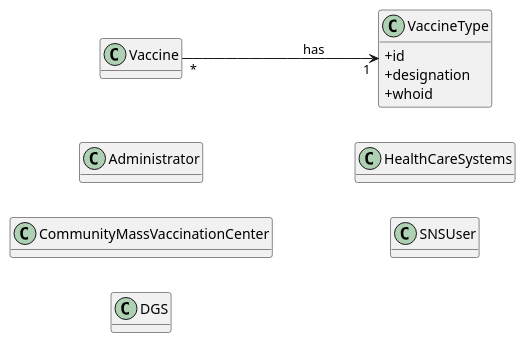
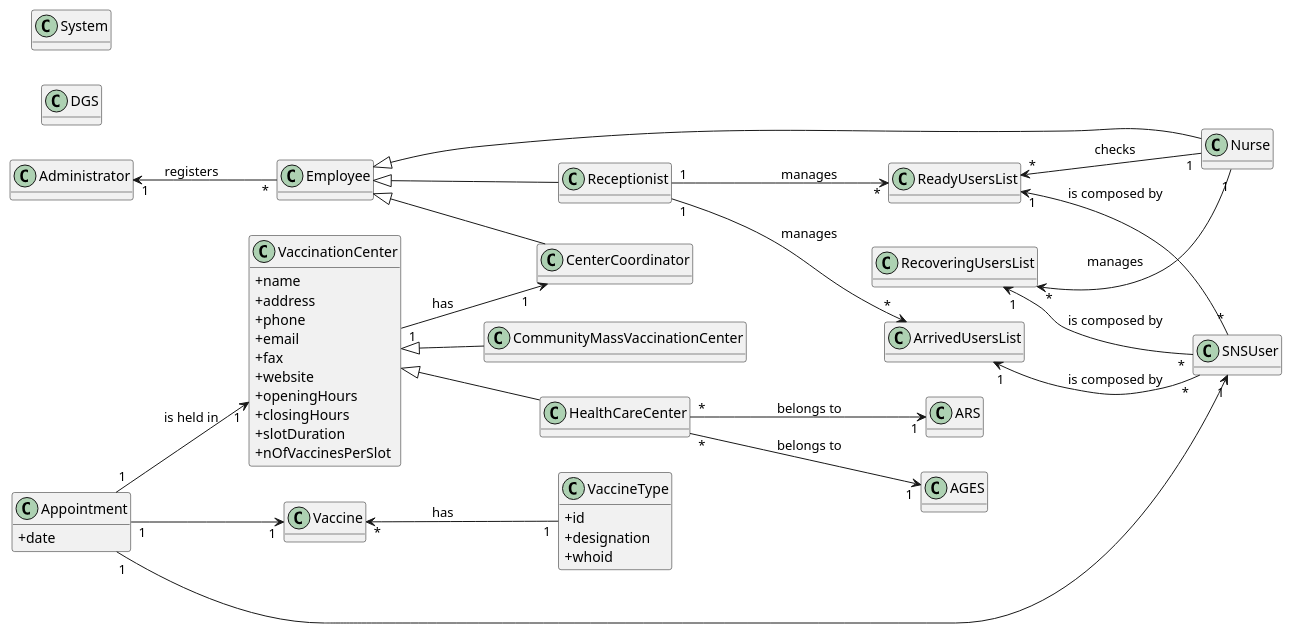
One commit to miseEnPlace-i/lapr2 changed the diagram in docs/SprintA/DM.puml. Above: the diagram before and after it, drawn with PlantUML. The commit also changed 1 other file, not shown here.

Commit message:
docs(dm): started dm diagram

```diff
--- a/docs/SprintA/DM.puml
+++ b/docs/SprintA/DM.puml
@@ -1,27 +1,85 @@
 @startuml
+
 hide methods
 left to right direction
 skinparam classAttributeIconSize 0
 
-class Administrator {}
+class CommunityMassVaccinationCenter {}
 
-class CommunityMassVaccinationCenter {}
+class HealthCareCenter {}
+
+class VaccinationCenter {
+  + name
+  + address
+  + phone
+  + email
+  + fax
+  + website
+  + openingHours
+  + closingHours
+  + slotDuration
+  + nOfVaccinesPerSlot
+}
 
 class Vaccine {}
 
 class VaccineType {
     + id
     + designation
     + whoid
 }
 
 class DGS {}
 
-class HealthCareSystems {}
-
 class SNSUser {}
 
-Vaccine "*" --> "1" VaccineType : has
+class Administrator {}
 
+class Employee {}
 
+class Nurse {}
+
+class Receptionist {}
+
+class CenterCoordinator {}
+
+class Appointment {
+  + date
+}
+
+class System {}
+
+class AGES {}
+
+class ARS {}
+
+Vaccine "*" <-- "1" VaccineType : has
+
+Employee <|-- Nurse
+Employee <|-- Receptionist
+Employee <|-- CenterCoordinator
+
+VaccinationCenter <|-- CommunityMassVaccinationCenter
+VaccinationCenter <|-- HealthCareCenter
+
+VaccinationCenter "1" --> "1" CenterCoordinator : has
+
+HealthCareCenter "*" --> "1" AGES : belongs to
+HealthCareCenter "*" --> "1" ARS : belongs to
+
+Appointment "1" --> "1" VaccinationCenter : is held in
+Appointment "1" --> "1" SNSUser  
+Appointment "1" --> "1" Vaccine 
+
+Receptionist "1" --> "*" ReadyUsersList : manages
+Receptionist "1" --> "*" ArrivedUsersList : manages
+
+ReadyUsersList "1" <-- "*" SNSUser : is composed by
+ArrivedUsersList "1" <-- "*" SNSUser : is composed by
+RecoveringUsersList "1" <-- "*" SNSUser : is composed by
+
+ReadyUsersList "*" <-- "1" Nurse : checks
+RecoveringUsersList "*" <-- "1" Nurse : manages
+
+Administrator "1" <-- "*" Employee : registers
 @enduml
```
